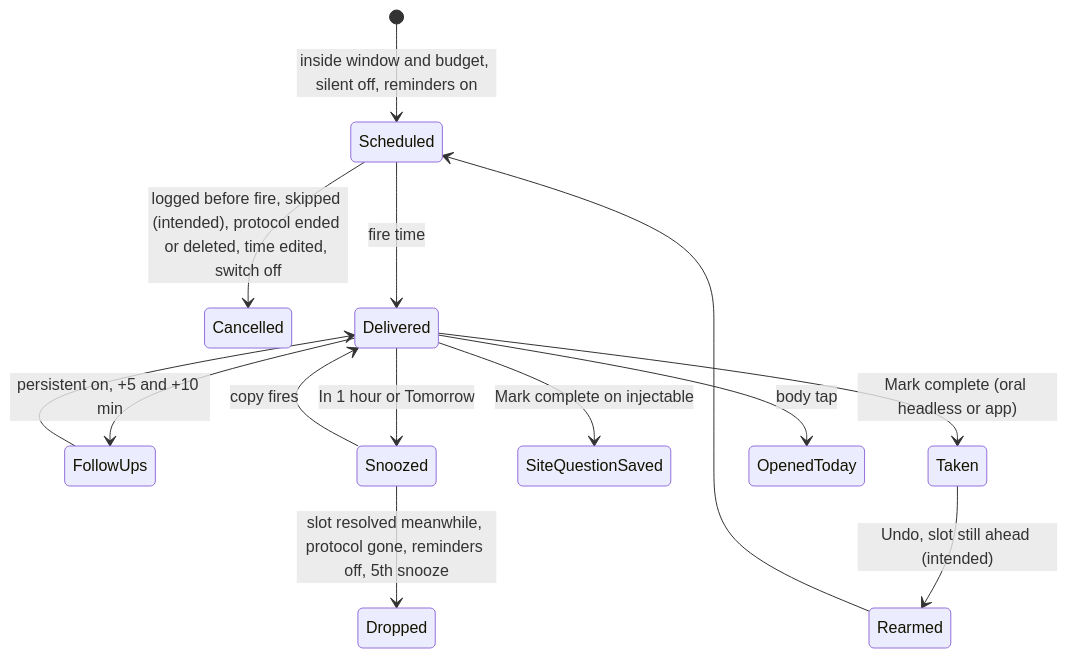
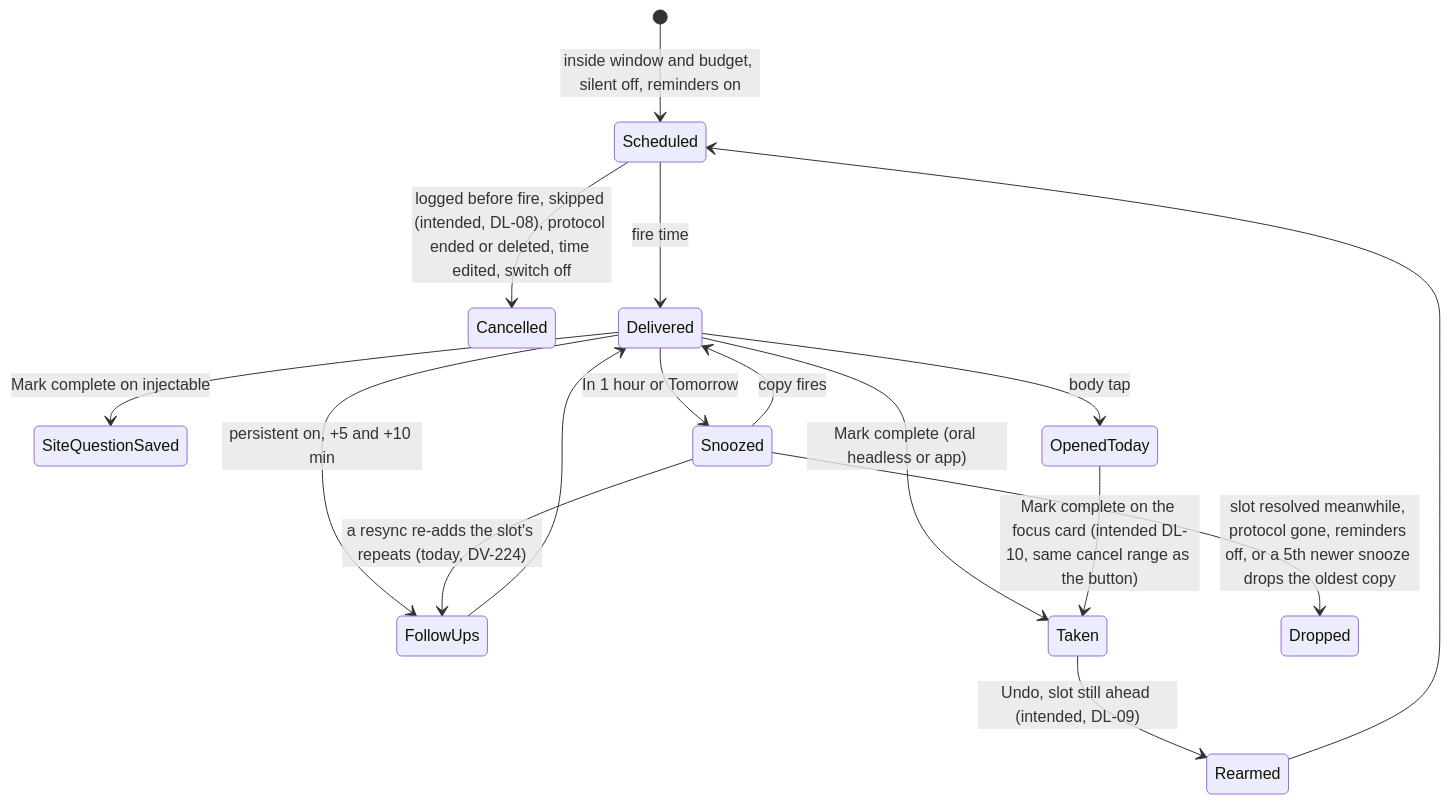
One commit to evandroviskis/dosetrace changed the fifth of 6 diagrams in docs/product/flows/03-dose-day.md. Above: the diagram before and after it, drawn with Mermaid. The commit also changed other lines of this file and 26 other files, not shown here.

Commit message:
docs/product: round-2 corrections propagated to PRD (G-1..G-233), TRD + dossiers, flows + Portuguese picture from the final registers; 105 diagrams parse; zero stale ids

````diff
--- a/docs/product/flows/03-dose-day.md
+++ b/docs/product/flows/03-dose-day.md
@@ -136,16 +144,18 @@
 ```mermaid
 stateDiagram-v2
     [*] --> Scheduled: inside window and budget, silent off, reminders on
-    Scheduled --> Cancelled: logged before fire, skipped (intended), protocol ended or deleted, time edited, switch off
+    Scheduled --> Cancelled: logged before fire, skipped (intended, DL-08), protocol ended or deleted, time edited, switch off
     Scheduled --> Delivered: fire time
     Delivered --> FollowUps: persistent on, +5 and +10 min
     FollowUps --> Delivered
     Delivered --> Taken: Mark complete (oral headless or app)
     Delivered --> SiteQuestionSaved: Mark complete on injectable
     Delivered --> Snoozed: In 1 hour or Tomorrow
     Snoozed --> Delivered: copy fires
-    Snoozed --> Dropped: slot resolved meanwhile, protocol gone, reminders off, 5th snooze
+    Snoozed --> Dropped: slot resolved meanwhile, protocol gone, reminders off, or a 5th newer snooze drops the oldest copy
+    Snoozed --> FollowUps: a resync re-adds the slot's repeats (today, DV-224)
     Delivered --> OpenedToday: body tap
-    Taken --> Rearmed: Undo, slot still ahead (intended)
+    OpenedToday --> Taken: Mark complete on the focus card (intended DL-10, same cancel range as the button)
+    Taken --> Rearmed: Undo, slot still ahead (intended, DL-09)
     Rearmed --> Scheduled
 ```
````
